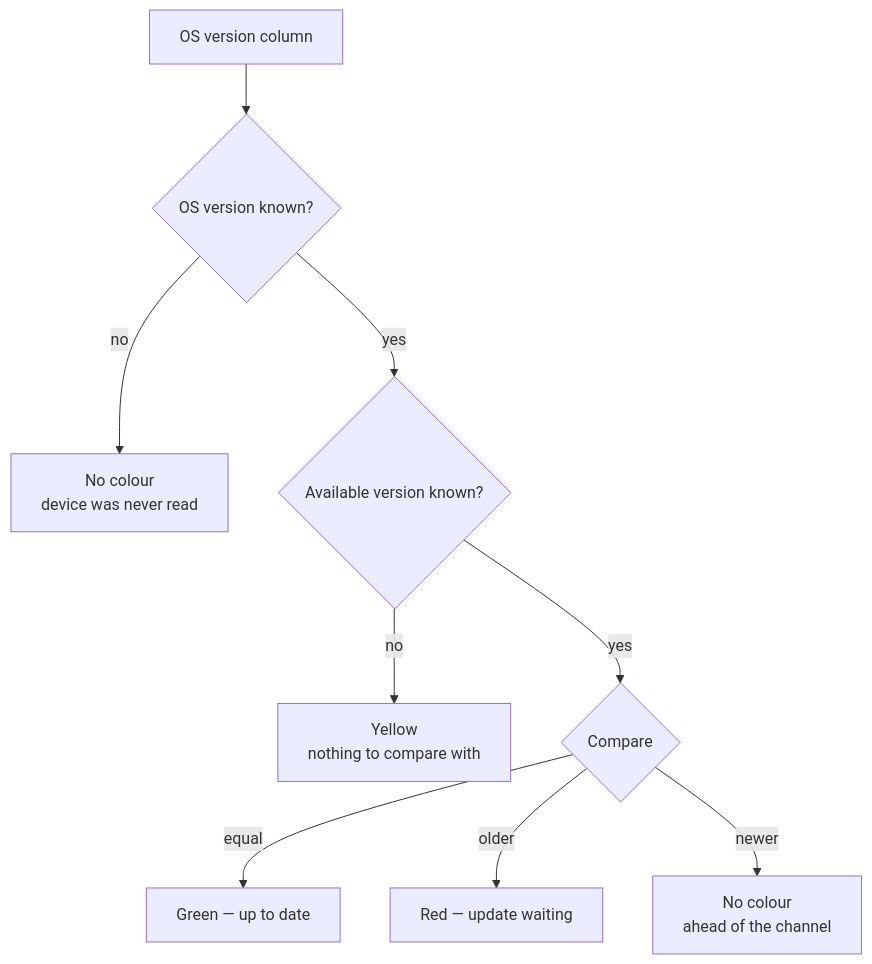
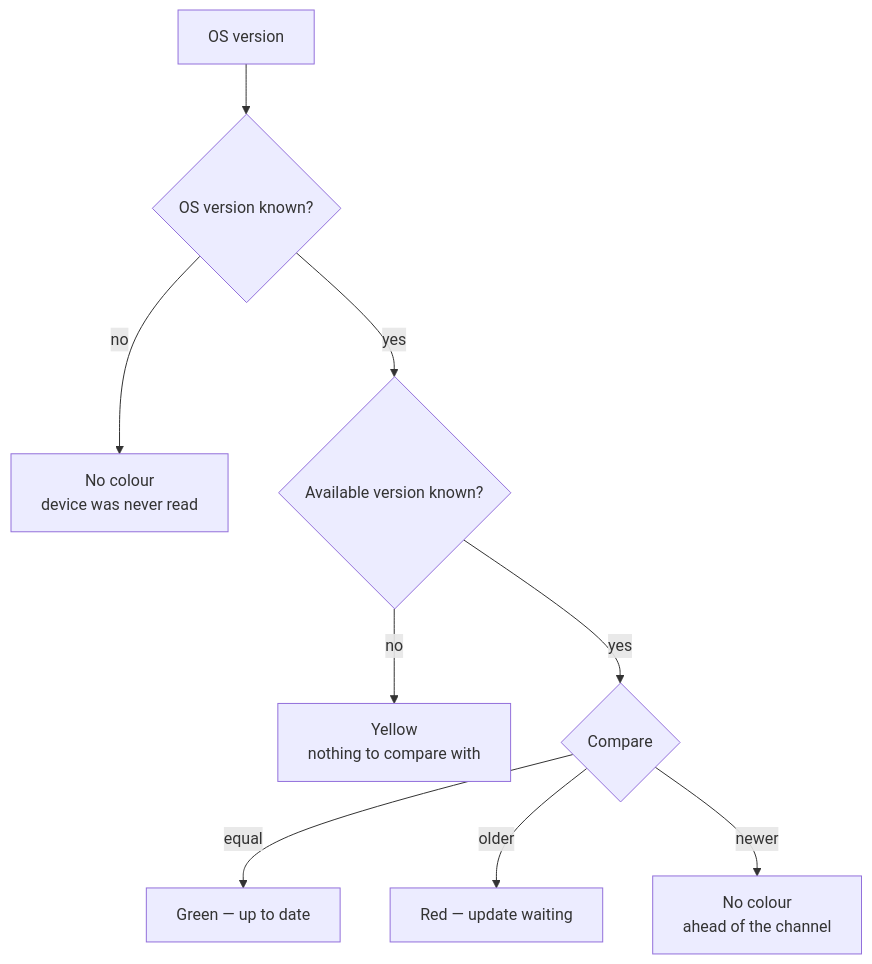
Before and after one commit to alessiobravi/routerfleet_improved: the second of 2 diagrams in docs/devices.md, drawn with Mermaid. The commit also changed other lines of this file and 21 other files, not shown here.

````diff
--- a/docs/devices.md
+++ b/docs/devices.md
@@ -233,11 +230,11 @@
 ```mermaid
 flowchart TD
-    start["OS version column"] --> hasos{"OS version known?"}
+    start["OS version"] --> hasos{"OS version known?"}
     hasos -->|no| grey["No colour<br/>device was never read"]
     hasos -->|yes| hasav{"Available version known?"}
     hasav -->|no| yellow["Yellow<br/>nothing to compare with"]
     hasav -->|yes| cmp{"Compare"}
     cmp -->|equal| green["Green — up to date"]
     cmp -->|older| red["Red — update waiting"]
     cmp -->|newer| grey2["No colour<br/>ahead of the channel"]
 ```
````
